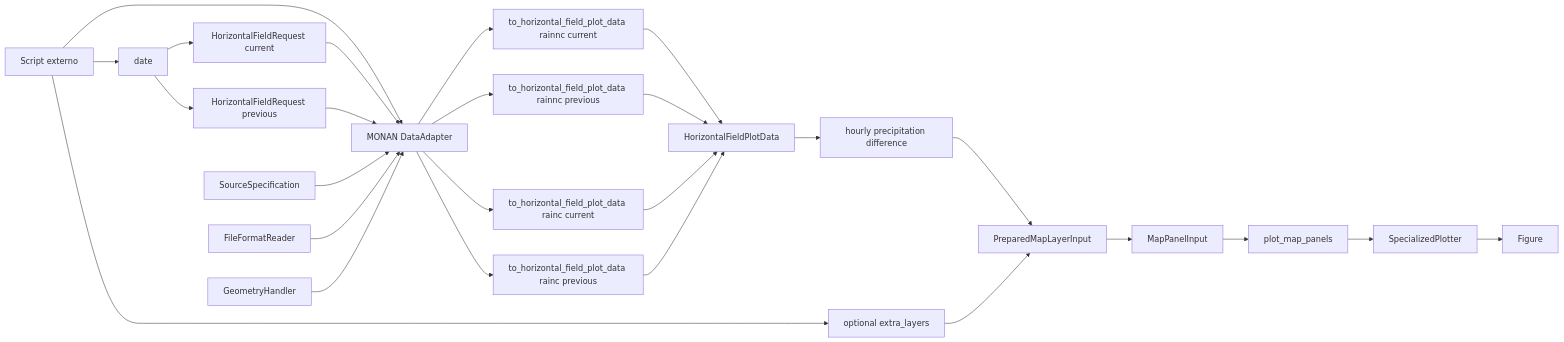
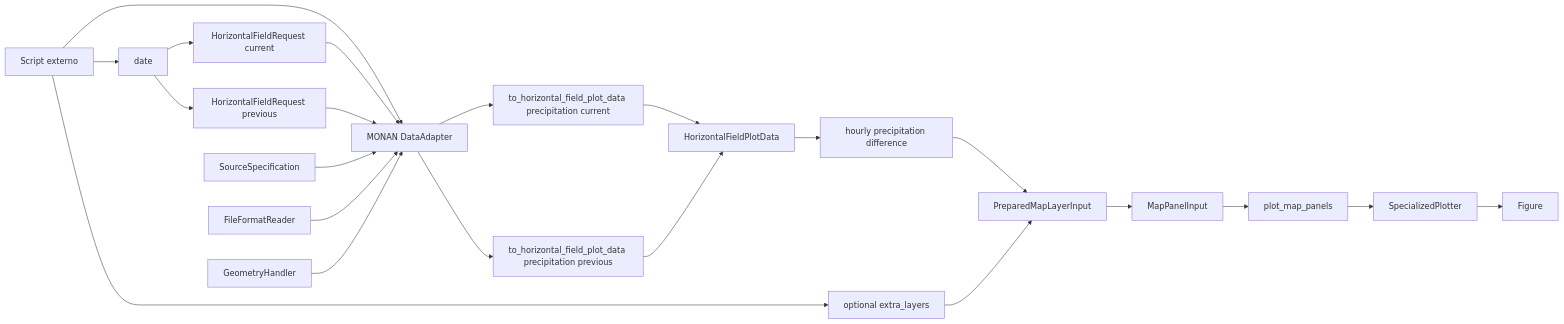
One commit to farachegt/visualize_thesis changed the second of 2 diagrams in docs/c4/plot-core/recipes/13-precipitation-monan.md. Above: the diagram before and after it, drawn with Mermaid. The commit also changed other lines of this file and 4 other files, not shown here.

````diff
--- a/docs/c4/plot-core/recipes/13-precipitation-monan.md
+++ b/docs/c4/plot-core/recipes/13-precipitation-monan.md
@@ -46,28 +46,24 @@
 ```mermaid
 flowchart LR
     A[Script externo] --> B[date]
     A --> C[MONAN DataAdapter]
     A --> D[optional extra_layers]
     B --> E[HorizontalFieldRequest current]
     B --> F[HorizontalFieldRequest previous]
     E --> C
     F --> C
     G[SourceSpecification] --> C
     H[FileFormatReader] --> C
     I[GeometryHandler] --> C
-    C --> J[to_horizontal_field_plot_data rainnc current]
-    C --> K[to_horizontal_field_plot_data rainnc previous]
-    C --> L[to_horizontal_field_plot_data rainc current]
-    C --> M[to_horizontal_field_plot_data rainc previous]
+    C --> J[to_horizontal_field_plot_data precipitation current]
+    C --> K[to_horizontal_field_plot_data precipitation previous]
     J --> N[HorizontalFieldPlotData]
     K --> N
-    L --> N
-    M --> N
     N --> O[hourly precipitation difference]
     O --> P[PreparedMapLayerInput]
     D --> P
     P --> Q[MapPanelInput]
     Q --> R[plot_map_panels]
     R --> S[SpecializedPlotter]
     S --> T[Figure]
 ```
````
